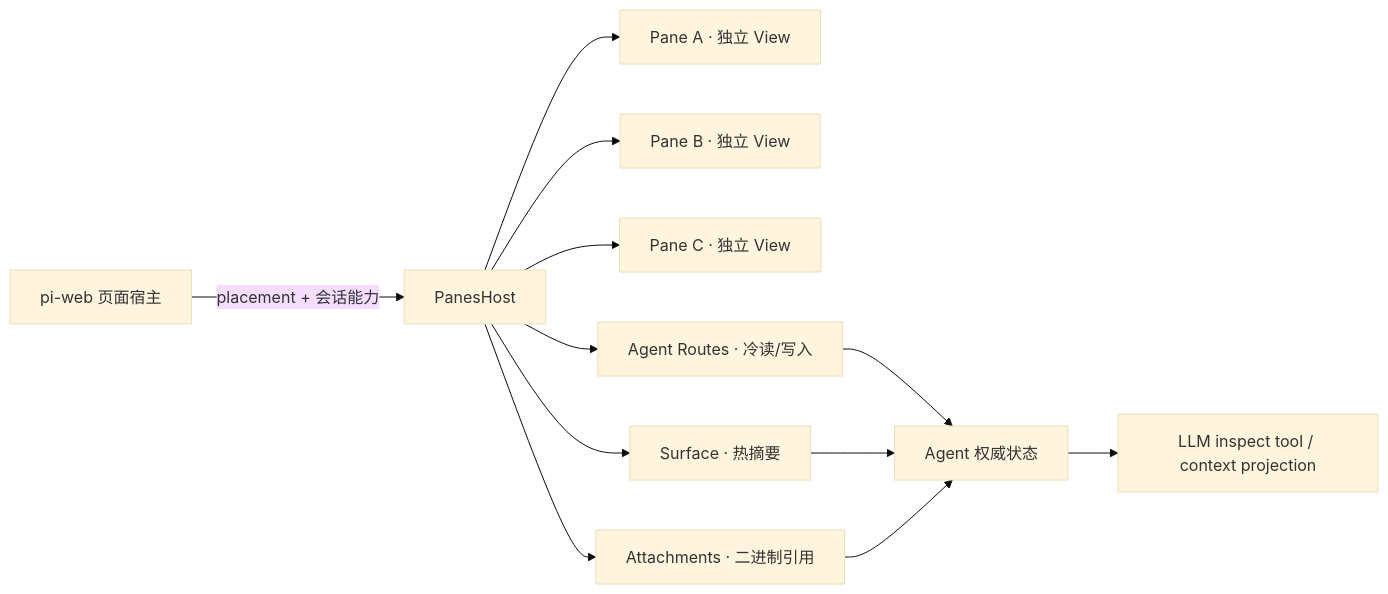
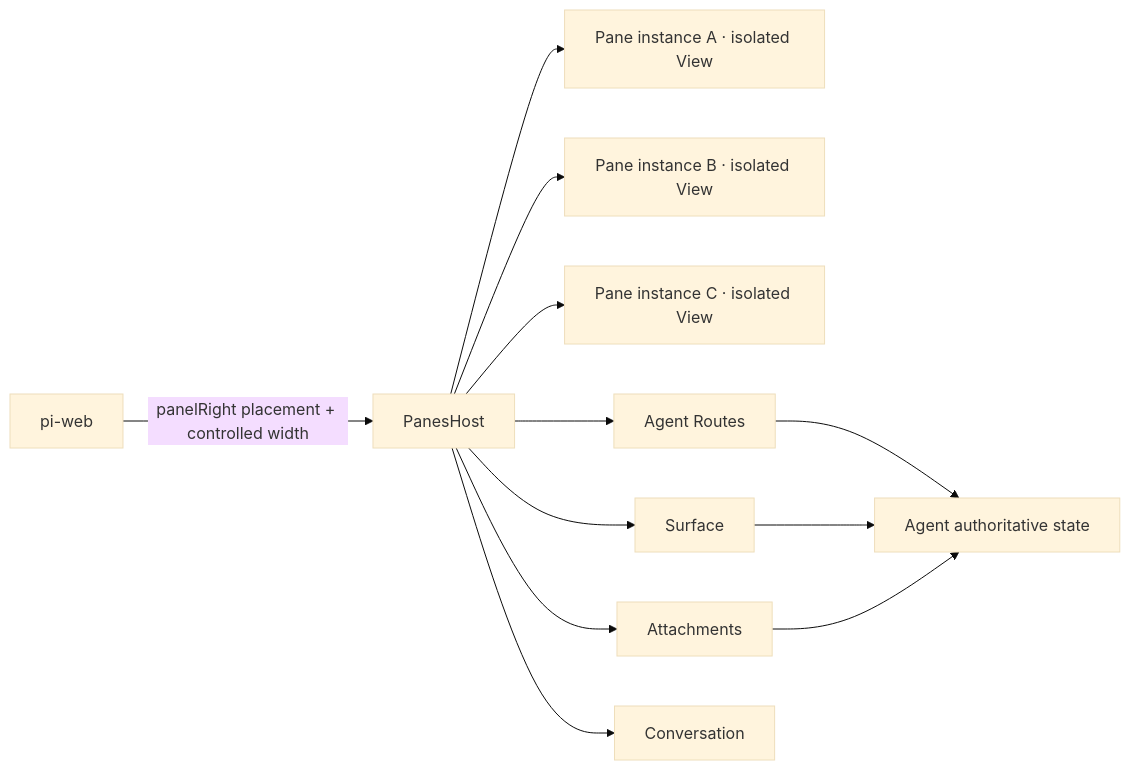
The diagram in docs/isolated-panes/README.md (blksails/pi-web), drawn with Mermaid (base theme) before and after one commit. The commit also changed other lines of this file and 40 other files, not shown here.

Commit message:
feat: establish isolated panes foundation

````diff
--- a/docs/isolated-panes/README.md
+++ b/docs/isolated-panes/README.md
@@ -35,14 +23,14 @@
 ```mermaid
 flowchart LR
-  P["pi-web 页面宿主"] -->|"placement + 会话能力"| H["PanesHost"]
-  H --> M1["Pane A · 独立 View"]
-  H --> M2["Pane B · 独立 View"]
-  H --> M3["Pane C · 独立 View"]
-  H --> AR["Agent Routes · 冷读/写入"]
-  H --> S["Surface · 热摘要"]
-  H --> A["Attachments · 二进制引用"]
-  AR --> R["Agent 权威状态"]
-  S --> R
-  A --> R
-  R --> T["LLM inspect tool / context projection"]
+  PW["pi-web"] -->|"panelRight placement + controlled width"| PH["PanesHost"]
+  PH --> P1["Pane instance A · isolated View"]
+  PH --> P2["Pane instance B · isolated View"]
+  PH --> P3["Pane instance C · isolated View"]
+  PH --> AR["Agent Routes"]
+  PH --> SF["Surface"]
+  PH --> AT["Attachments"]
+  PH --> CV["Conversation"]
+  AR --> AG["Agent authoritative state"]
+  SF --> AG
+  AT --> AG
 ```
````
